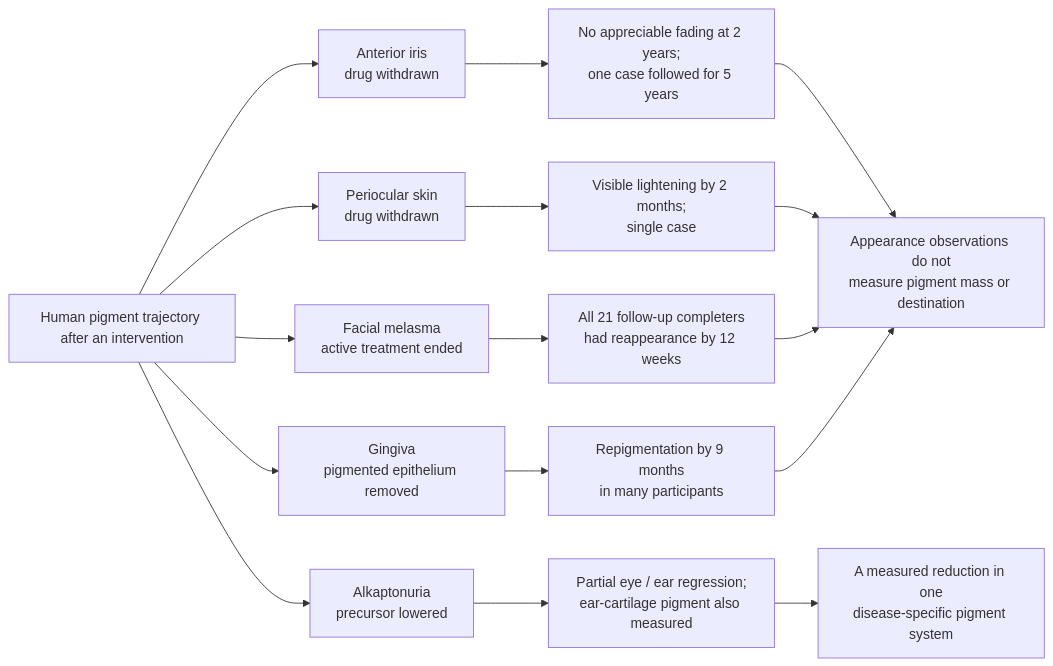
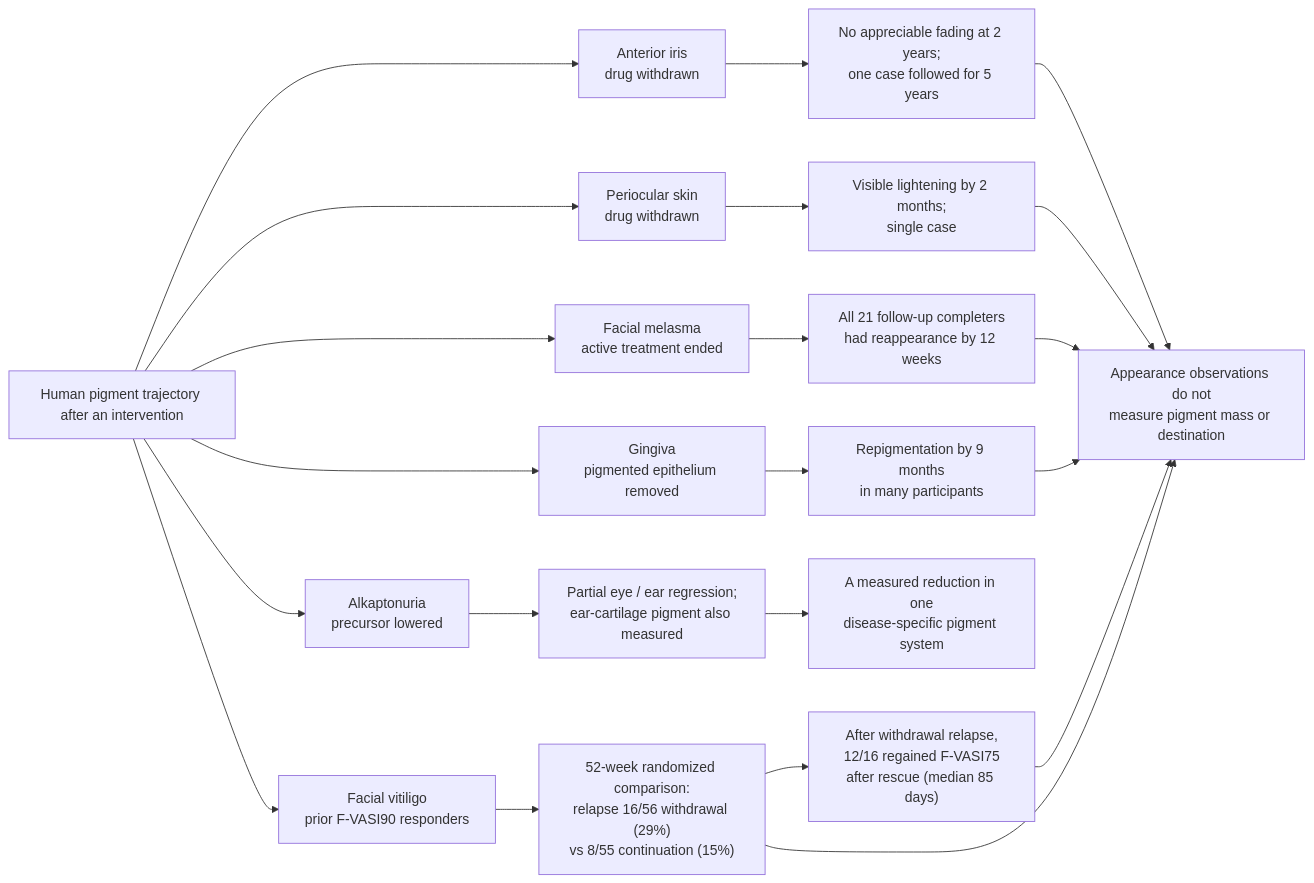
Diagram 40 of 40 in research/tissue-pigment-atlas.md (dylanstechmann/iris-color-without-contacts), drawn with Mermaid before and after one commit. The commit also changed other lines of this file, not shown here.

Commit message:
Add randomized vitiligo withdrawal trajectory to tissue atlas

````diff
--- a/research/tissue-pigment-atlas.md
+++ b/research/tissue-pigment-atlas.md
@@ -969,18 +969,23 @@
 ```mermaid
 flowchart LR
     A["Human pigment trajectory after an intervention"] --> B["Anterior iris<br/>drug withdrawn"]
     B --> B1["No appreciable fading at 2 years;<br/>one case followed for 5 years"]
     A --> C["Periocular skin<br/>drug withdrawn"]
     C --> C1["Visible lightening by 2 months;<br/>single case"]
     A --> D["Facial melasma<br/>active treatment ended"]
     D --> D1["All 21 follow-up completers<br/>had reappearance by 12 weeks"]
     A --> E["Gingiva<br/>pigmented epithelium removed"]
     E --> E1["Repigmentation by 9 months<br/>in many participants"]
     A --> F["Alkaptonuria<br/>precursor lowered"]
     F --> F1["Partial eye / ear regression;<br/>ear-cartilage pigment also measured"]
+    A --> V["Facial vitiligo<br/>prior F-VASI90 responders"]
+    V --> V1["52-week randomized comparison:<br/>relapse 16/56 withdrawal (29%)<br/>vs 8/55 continuation (15%)"]
+    V1 --> V2["After withdrawal relapse,<br/>12/16 regained F-VASI75<br/>after rescue (median 85 days)"]
     B1 --> G["Appearance observations do not<br/>measure pigment mass or destination"]
     C1 --> G
     D1 --> G
     E1 --> G
     F1 --> H["A measured reduction in one<br/>disease-specific pigment system"]
+    V1 --> G
+    V2 --> G
 ```
````
